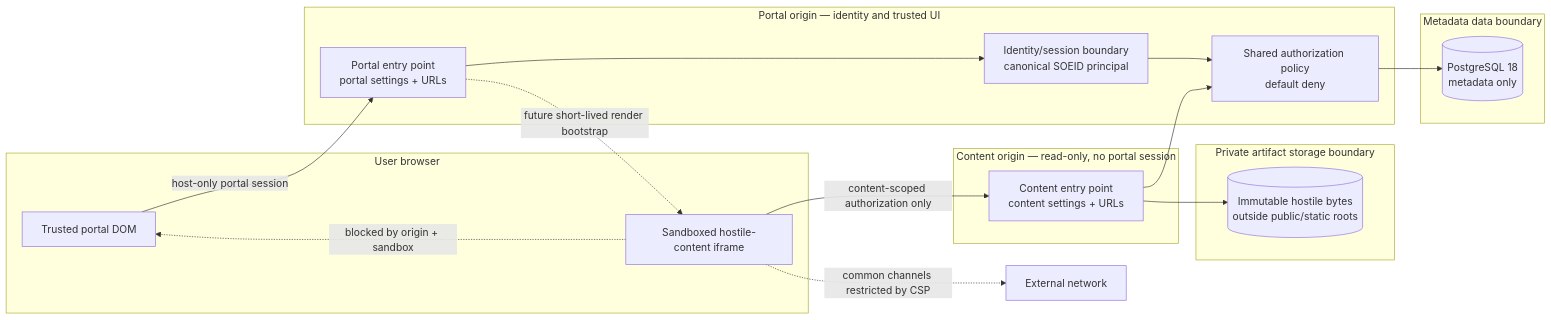
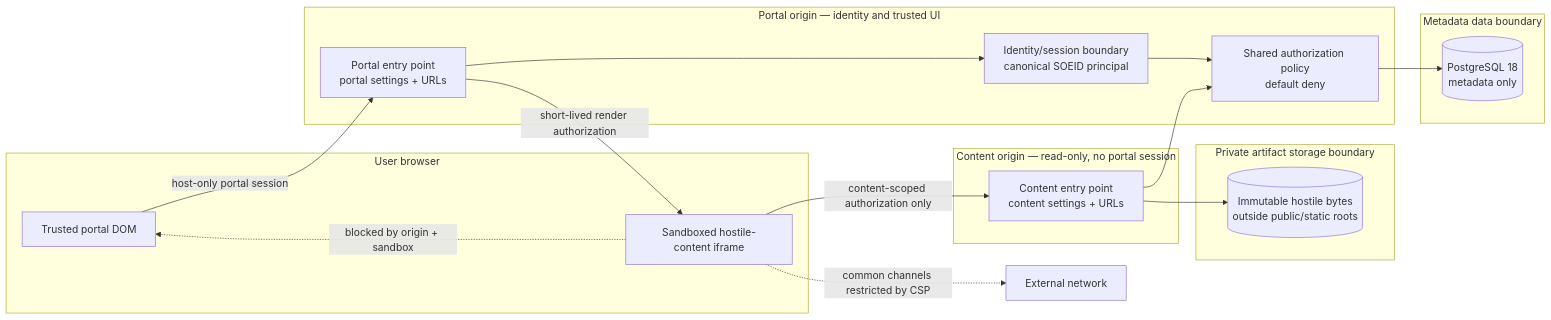
One commit to lukegob10/prj-app-02 changed the diagram in docs/architecture.md. Above: the diagram before and after it, drawn with Mermaid. The commit also changed other lines of this file and 66 other files, not shown here.

````diff
--- a/docs/architecture.md
+++ b/docs/architecture.md
@@ -10,36 +10,36 @@
 ```mermaid
 flowchart LR
   subgraph Browser[User browser]
     PDOM[Trusted portal DOM]
     IFRAME[Sandboxed hostile-content iframe]
   end
 
   subgraph PortalBoundary[Portal origin — identity and trusted UI]
     PORTAL[Portal entry point\nportal settings + URLs]
     IDENTITY[Identity/session boundary\ncanonical SOEID principal]
     POLICY[Shared authorization policy\ndefault deny]
   end
 
   subgraph DataBoundary[Metadata data boundary]
     DB[(PostgreSQL 18\nmetadata only)]
   end
 
   subgraph ContentBoundary[Content origin — read-only, no portal session]
     CONTENT[Content entry point\ncontent settings + URLs]
   end
 
   subgraph StorageBoundary[Private artifact storage boundary]
     STORAGE[(Immutable hostile bytes\noutside public/static roots)]
   end
 
   PDOM -->|host-only portal session| PORTAL
   PORTAL --> IDENTITY
   IDENTITY --> POLICY
   POLICY --> DB
-  PORTAL -. future short-lived render bootstrap .-> IFRAME
+  PORTAL -->|short-lived render authorization| IFRAME
   IFRAME -->|content-scoped authorization only| CONTENT
   CONTENT --> POLICY
   CONTENT --> STORAGE
   IFRAME -. blocked by origin + sandbox .-> PDOM
   IFRAME -. common channels restricted by CSP .-> INTERNET[External network]
 ```
````
